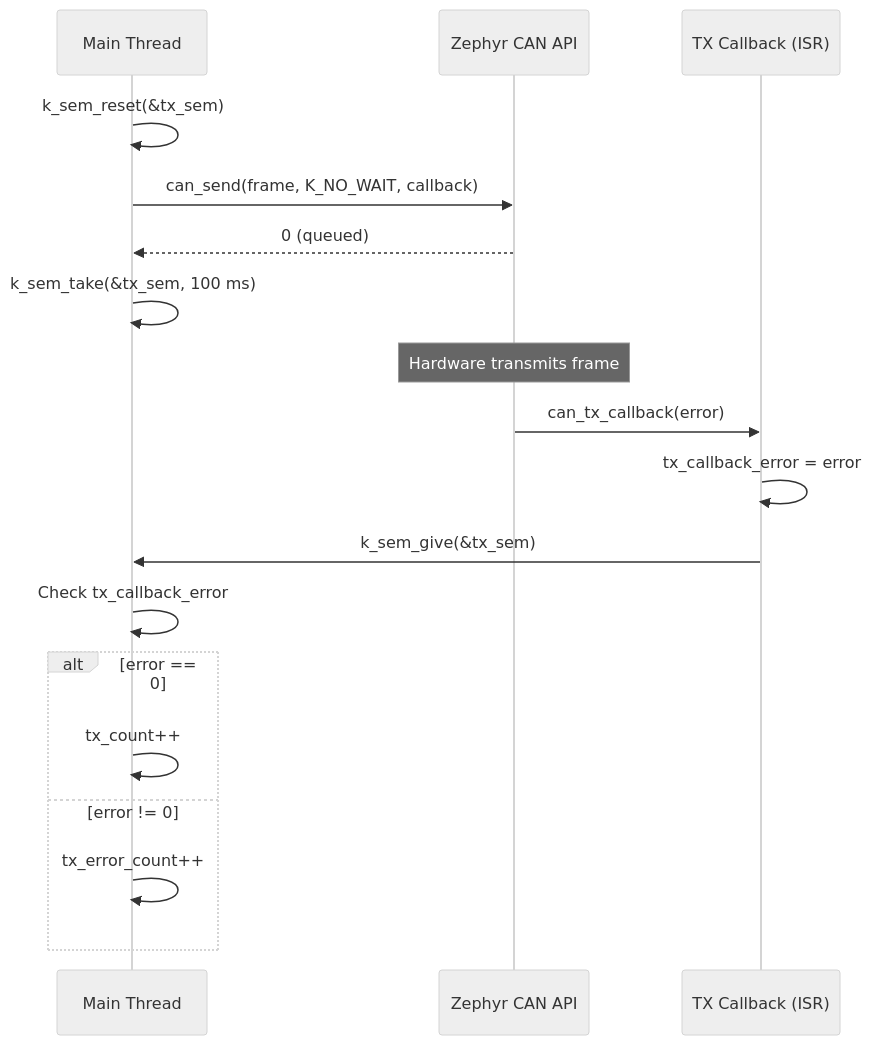
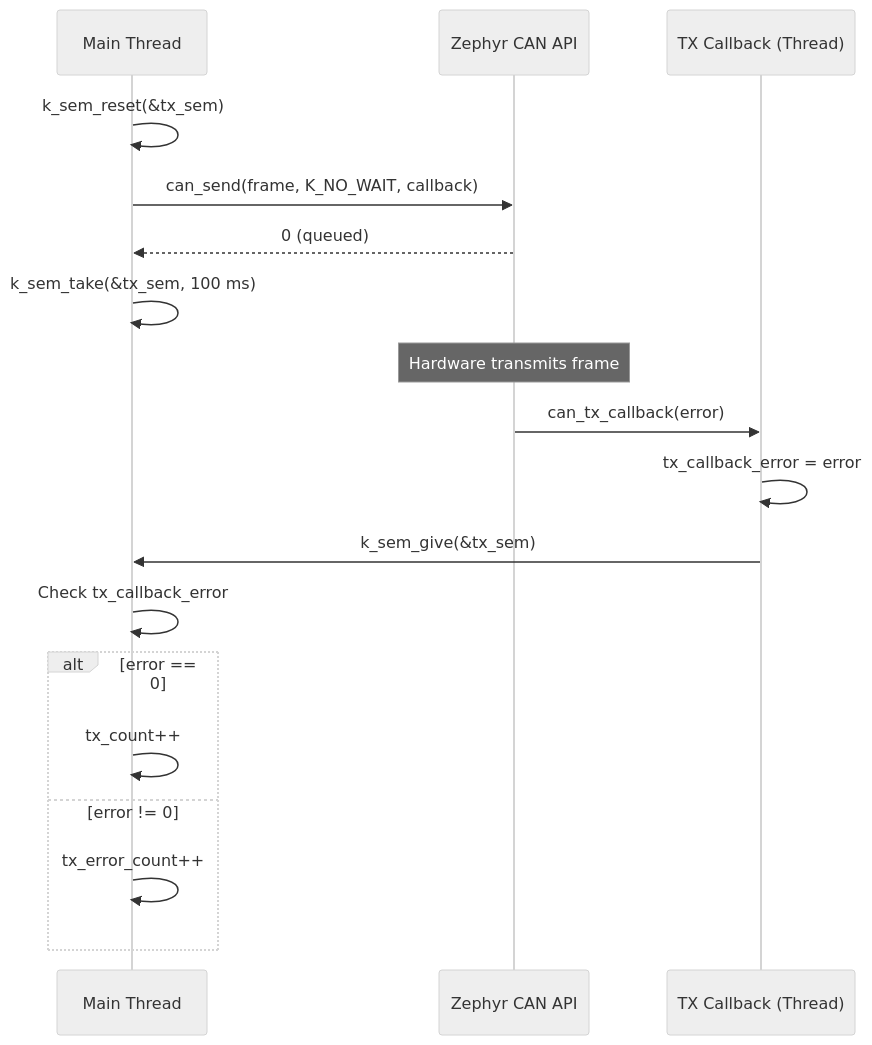
The fourth of 4 diagrams in README.md (uist1idrju3i/study-ZephyrCAN), drawn with Mermaid (neutral theme) before and after one commit. The commit also changed other lines of this file and 2 other files, not shown here.

Commit message:
Address review round 3: rename recovery function, fix -EALREADY stuck loop, update diagrams
- Comments 38/40: Update flowchart decision node from 'Bus-off?' to
  'Bus-off / Stopped?' in both README.md and README.ja.md
- Comments 39/41: Rename sequence diagram participant from 'TX Callback
  (ISR)' to 'TX Callback (Thread)' and update surrounding text in both
  READMEs to reflect driver interrupt thread context
- Comment 42: Rename can_recover_from_bus_off() to can_recover_controller()
  with updated docstring covering both bus-off and stopped states
- Comment 45: Tolerate -EALREADY from can_stop() in recovery function
  to prevent infinite stuck loop when controller is already stopped

````diff
--- a/README.md
+++ b/README.md
@@ -131,24 +131,24 @@
 ```mermaid
 sequenceDiagram
     participant Main as Main Thread
     participant API as Zephyr CAN API
-    participant ISR as TX Callback (ISR)
+    participant CB as TX Callback (Thread)
 
     Main->>Main: k_sem_reset(&tx_sem)
     Main->>API: can_send(frame, K_NO_WAIT, callback)
     API-->>Main: 0 (queued)
     Main->>Main: k_sem_take(&tx_sem, 100 ms)
 
     Note over API: Hardware transmits frame
 
-    API->>ISR: can_tx_callback(error)
-    ISR->>ISR: tx_callback_error = error
-    ISR->>Main: k_sem_give(&tx_sem)
+    API->>CB: can_tx_callback(error)
+    CB->>CB: tx_callback_error = error
+    CB->>Main: k_sem_give(&tx_sem)
 
     Main->>Main: Check tx_callback_error
     alt error == 0
         Main->>Main: tx_count++
     else error != 0
         Main->>Main: tx_error_count++
     end
 ```
````
